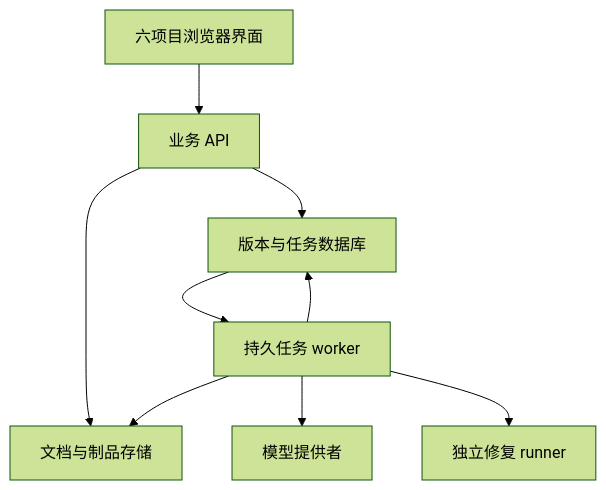
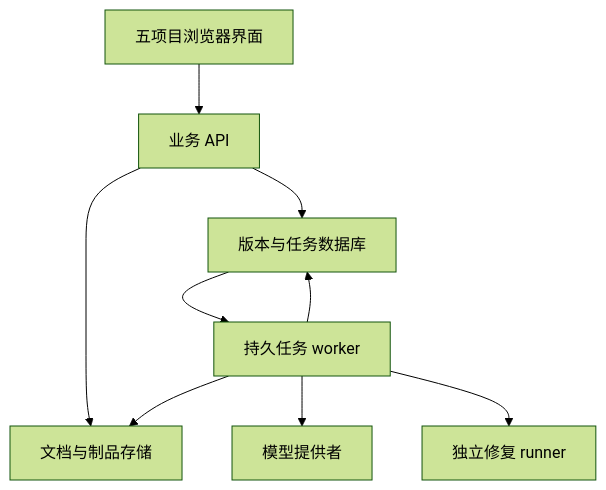
One commit to SWAlbert-0/engineering-practice-lab changed the diagram in docs/RESEARCH_AND_ROADMAP.md. Above: the diagram before and after it, drawn with Mermaid (forest theme). The commit also changed other lines of this file and 54 other files, not shown here.

````diff
--- a/docs/RESEARCH_AND_ROADMAP.md
+++ b/docs/RESEARCH_AND_ROADMAP.md
@@ -45,11 +45,11 @@
 ```mermaid
 flowchart TD
-    B[六项目浏览器界面] --> A[业务 API]
+    B[五项目浏览器界面] --> A[业务 API]
     A --> D[版本与任务数据库]
     A --> F[文档与制品存储]
     D --> W[持久任务 worker]
     W --> D
     W --> F
     W --> M[模型提供者]
     W --> R[独立修复 runner]
 ```
````
